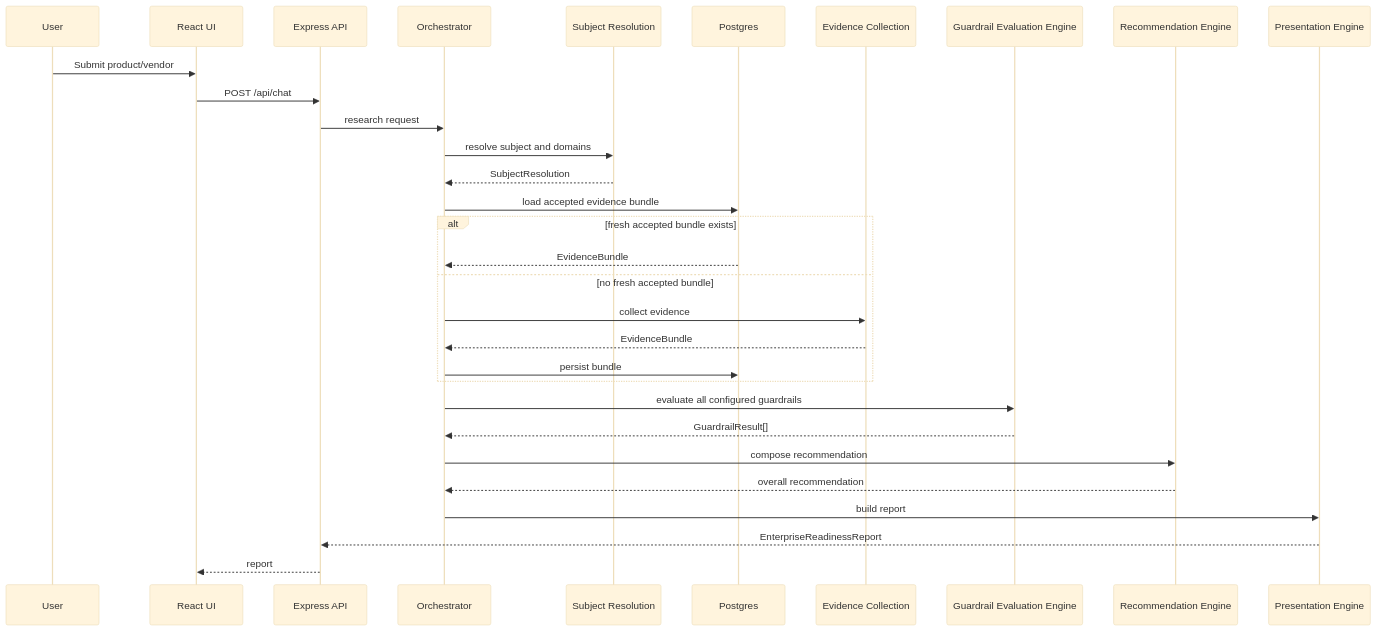
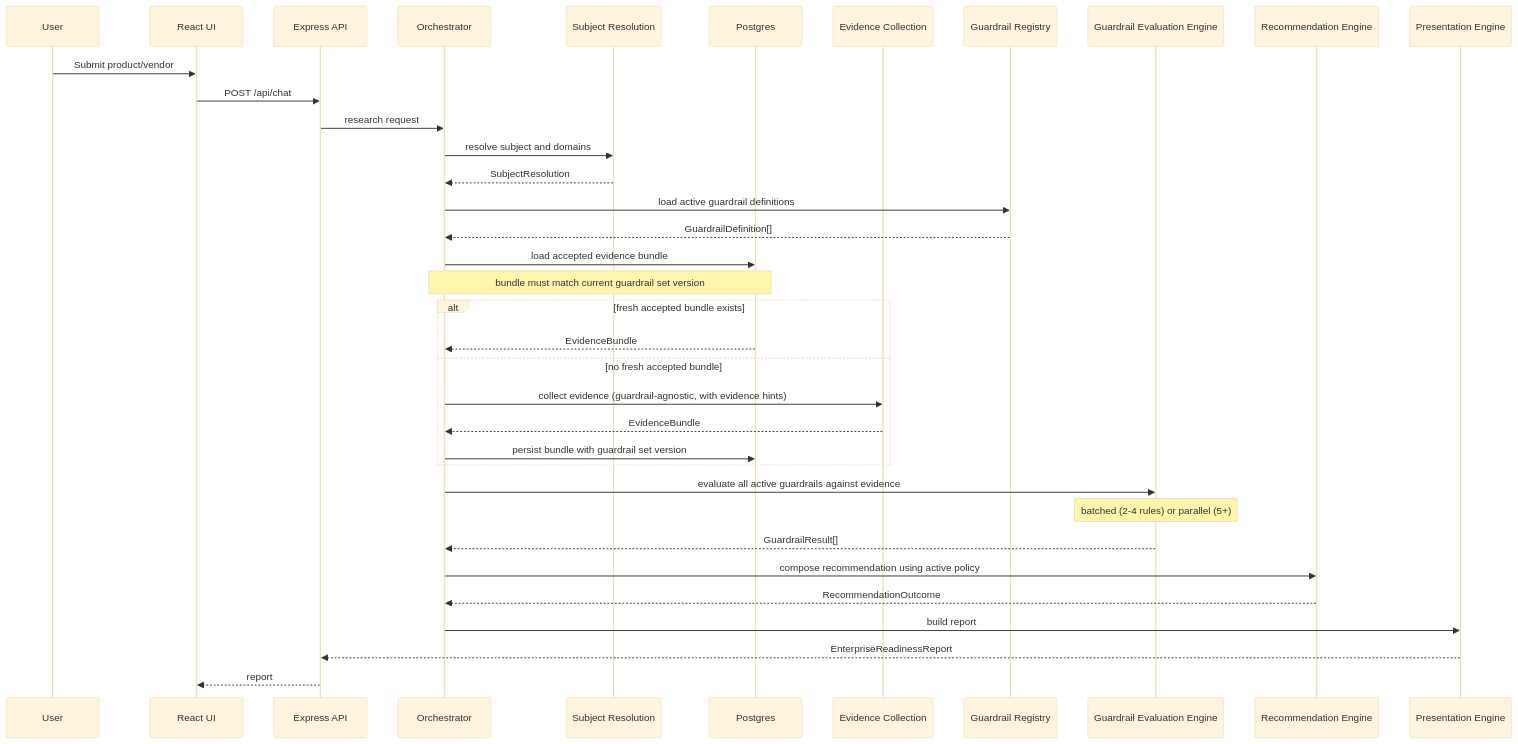
One commit to srinivasrowdur/ArchReviewAgent changed the second of 2 diagrams in docs/extensible-guardrail-architecture.md. Above: the diagram before and after it, drawn with Mermaid (base theme). The commit also changed other lines of this file, not shown here.

Commit message:
Refine extensible guardrail rollout doc

````diff
--- a/docs/extensible-guardrail-architecture.md
+++ b/docs/extensible-guardrail-architecture.md
@@ -317,36 +424,43 @@
 ```mermaid
 sequenceDiagram
     participant U as User
     participant UI as React UI
     participant API as Express API
     participant Orch as Orchestrator
     participant Intake as Subject Resolution
     participant Cache as Postgres
     participant Collect as Evidence Collection
+    participant Reg as Guardrail Registry
     participant Eval as Guardrail Evaluation Engine
     participant Reco as Recommendation Engine
     participant Present as Presentation Engine
 
     U->>UI: Submit product/vendor
     UI->>API: POST /api/chat
     API->>Orch: research request
     Orch->>Intake: resolve subject and domains
     Intake-->>Orch: SubjectResolution
+
+    Orch->>Reg: load active guardrail definitions
+    Reg-->>Orch: GuardrailDefinition[]
+
     Orch->>Cache: load accepted evidence bundle
+    Note over Orch,Cache: bundle must match current guardrail set version
 
     alt fresh accepted bundle exists
       Cache-->>Orch: EvidenceBundle
     else no fresh accepted bundle
-      Orch->>Collect: collect evidence
+      Orch->>Collect: collect evidence (guardrail-agnostic, with evidence hints)
       Collect-->>Orch: EvidenceBundle
-      Orch->>Cache: persist bundle
+      Orch->>Cache: persist bundle with guardrail set version
     end
 
-    Orch->>Eval: evaluate all configured guardrails
+    Orch->>Eval: evaluate all active guardrails against evidence
+    Note over Eval: batched (2-4 rules) or parallel (5+)
     Eval-->>Orch: GuardrailResult[]
-    Orch->>Reco: compose recommendation
-    Reco-->>Orch: overall recommendation
+    Orch->>Reco: compose recommendation using active policy
+    Reco-->>Orch: RecommendationOutcome
     Orch->>Present: build report
     Present-->>API: EnterpriseReadinessReport
     API-->>UI: report
 ```
````
